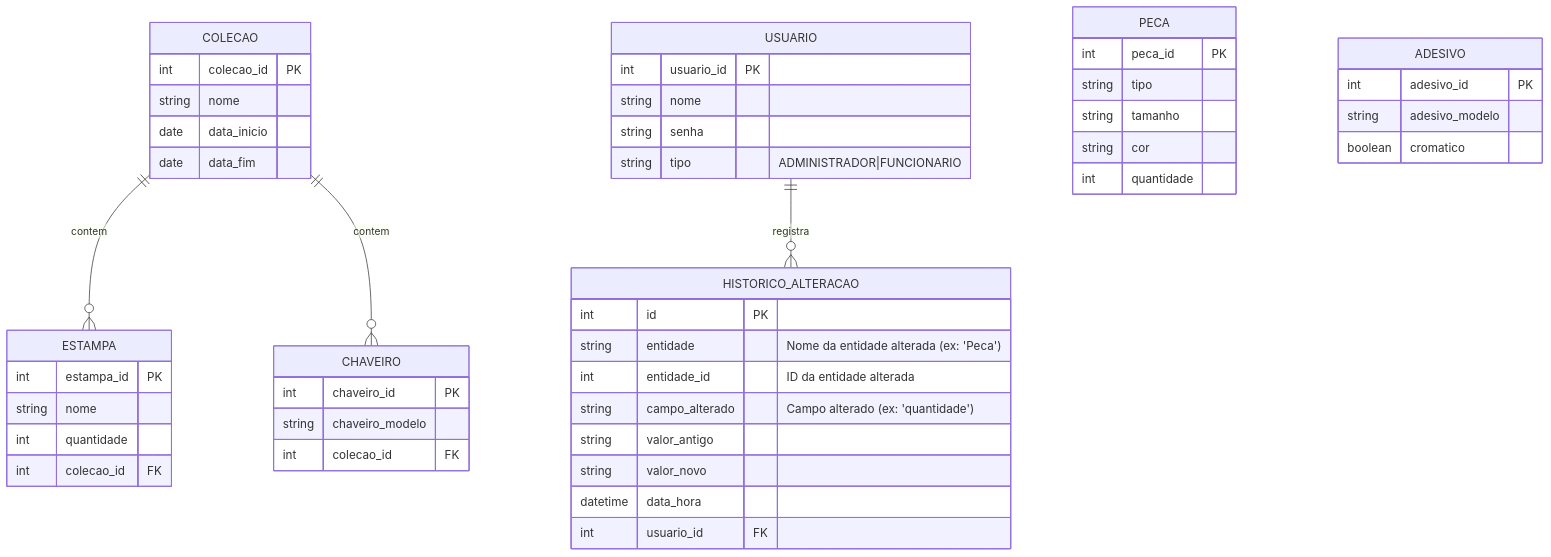
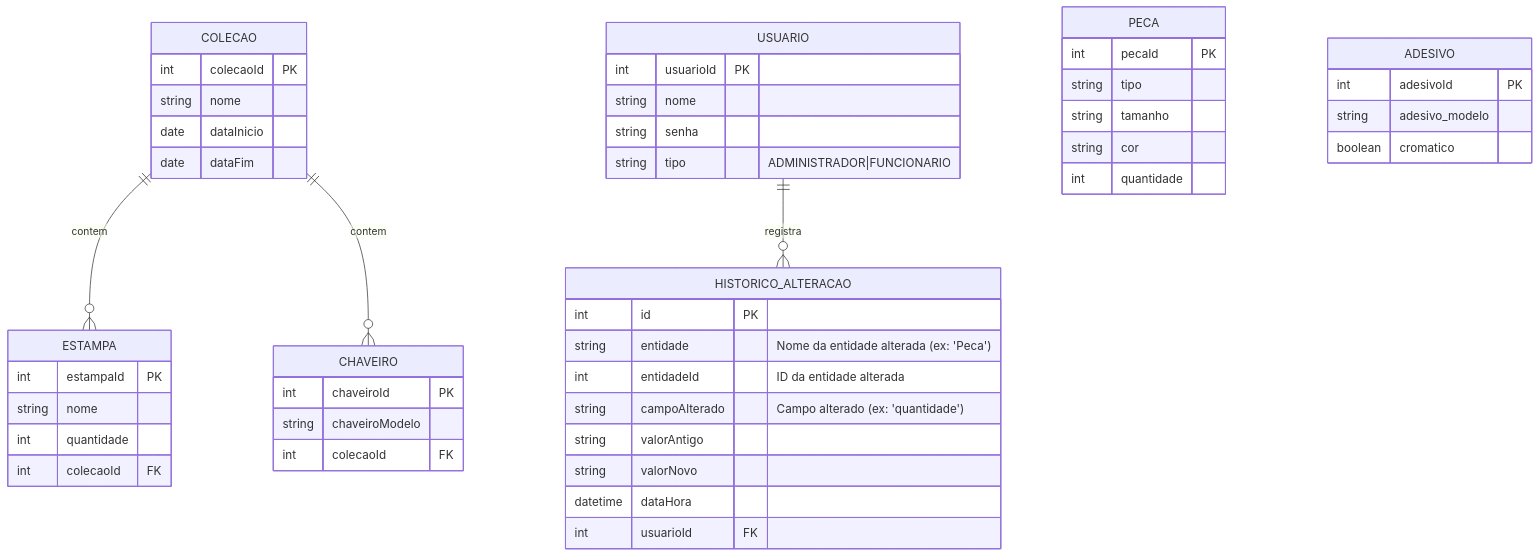
Before and after one commit to FeltrinLM/Journey_Back-end: the diagram in artefatos/diagramas/ModeloER.mmd, drawn with Mermaid. The commit also changed 2 other files, not shown here.

```diff
--- a/artefatos/diagramas/ModeloER.mmd
+++ b/artefatos/diagramas/ModeloER.mmd
@@ -1,56 +1,56 @@
 erDiagram
     COLECAO ||--o{ ESTAMPA : contem
     COLECAO ||--o{ CHAVEIRO : contem
     USUARIO ||--o{ HISTORICO_ALTERACAO : registra
 
     USUARIO {
-        int usuario_id PK
+        int usuarioId PK
         string nome
         string senha
         string tipo  "ADMINISTRADOR|FUNCIONARIO"
     }
 
     COLECAO {
-        int colecao_id PK
+        int colecaoId PK
         string nome
-        date data_inicio
-        date data_fim
+        date dataInicio
+        date dataFim
     }
 
     ESTAMPA {
-        int estampa_id PK
+        int estampaId PK
         string nome
         int quantidade
-        int colecao_id FK
+        int colecaoId FK
     }
 
     PECA {
-        int peca_id PK
+        int pecaId PK
         string tipo
         string tamanho
         string cor
         int quantidade
     }
 
     ADESIVO {
-        int adesivo_id PK
+        int adesivoId PK
         string adesivo_modelo
         boolean cromatico
     }
 
     CHAVEIRO {
-        int chaveiro_id PK
-        string chaveiro_modelo
-        int colecao_id FK
+        int chaveiroId PK
+        string chaveiroModelo
+        int colecaoId FK
     }
 
     HISTORICO_ALTERACAO {
         int id PK
         string entidade         "Nome da entidade alterada (ex: 'Peca')"
-        int entidade_id         "ID da entidade alterada"
-        string campo_alterado   "Campo alterado (ex: 'quantidade')"
-        string valor_antigo
-        string valor_novo
-        datetime data_hora
-        int usuario_id FK
+        int entidadeId         "ID da entidade alterada"
+        string campoAlterado   "Campo alterado (ex: 'quantidade')"
+        string valorAntigo
+        string valorNovo
+        datetime dataHora
+        int usuarioId FK
     }
```
